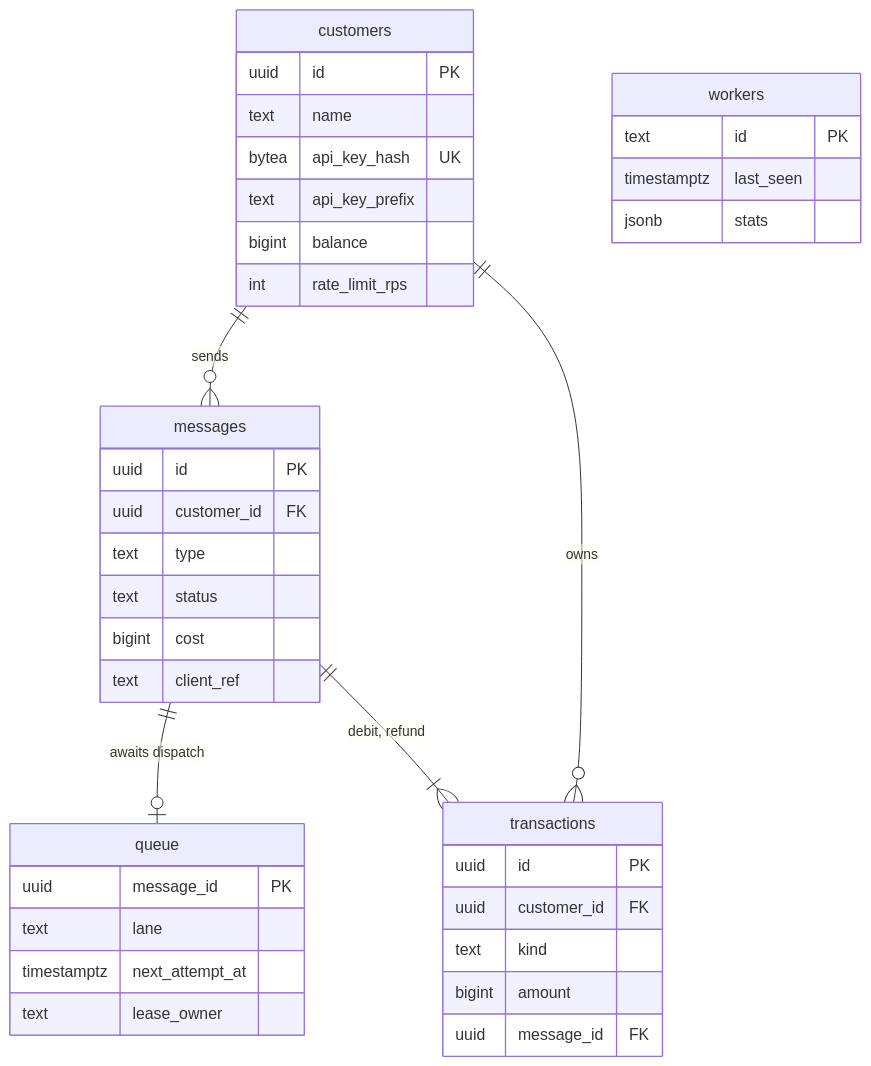
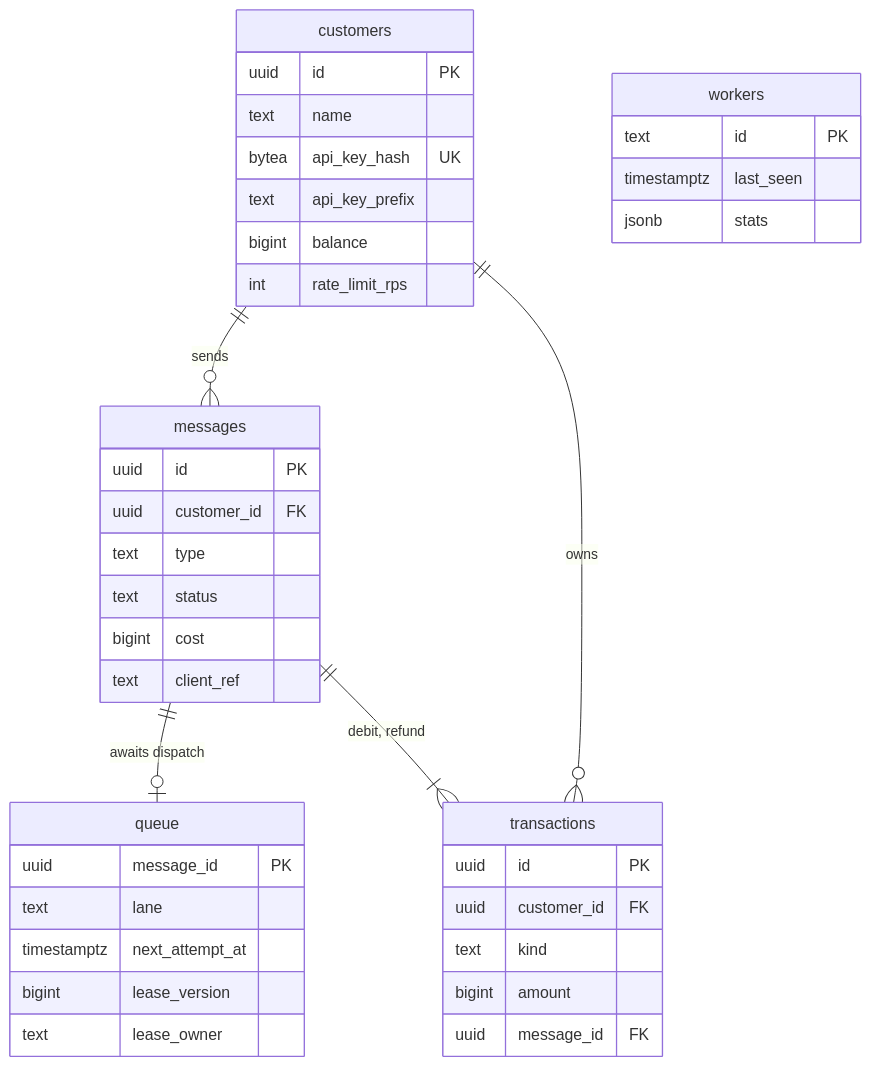
The diagram in docs/040-data/010-schema.md (mmrzaf/sms-gateway), drawn with Mermaid before and after one commit. The commit also changed other lines of this file and 5 other files, not shown here.

````diff
--- a/docs/040-data/010-schema.md
+++ b/docs/040-data/010-schema.md
@@ -7,43 +7,44 @@
 ```mermaid
 erDiagram
     customers ||--o{ messages : sends
     customers ||--o{ transactions : owns
     messages ||--o| queue : "awaits dispatch"
     messages ||--|{ transactions : "debit, refund"
     workers
 
     customers {
         uuid id PK
         text name
         bytea api_key_hash UK
         text api_key_prefix
         bigint balance
         int rate_limit_rps
     }
     messages {
         uuid id PK
         uuid customer_id FK
         text type
         text status
         bigint cost
         text client_ref
     }
     transactions {
         uuid id PK
         uuid customer_id FK
         text kind
         bigint amount
         uuid message_id FK
     }
     queue {
         uuid message_id PK
         text lane
         timestamptz next_attempt_at
+        bigint lease_version
         text lease_owner
     }
     workers {
         text id PK
         timestamptz last_seen
         jsonb stats
     }
 ```
````
